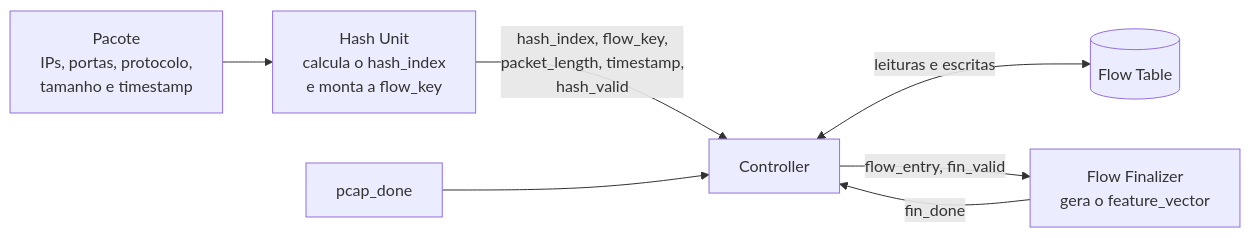
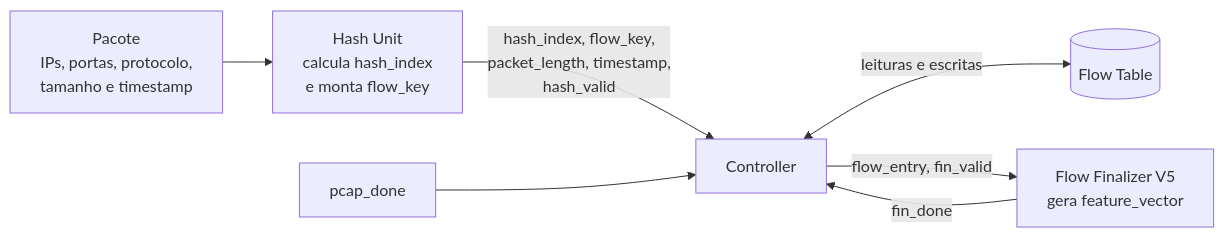
One commit to cidigital-inatel/sd392-t25s2-group2 changed the diagram in Especificação/Extracao de Features/Controller_Integracao.md. Above: the diagram before and after it, drawn with Mermaid. The commit also changed other lines of this file and 5 other files, not shown here.

Commit message:
Update integration documentation images for Controller and Flow Finalizer

````diff
--- a/Especificação/Extracao de Features/Controller_Integracao.md
+++ b/Especificação/Extracao de Features/Controller_Integracao.md
@@ -29,9 +29,9 @@
 ```mermaid
 flowchart LR
-    P["Pacote<br/>IPs, portas, protocolo,<br/>tamanho e timestamp"] --> H["Hash Unit<br/>calcula o hash_index<br/>e monta a flow_key"]
+    P["Pacote<br/>IPs, portas, protocolo,<br/>tamanho e timestamp"] --> H["Hash Unit<br/>calcula hash_index<br/>e monta flow_key"]
     H -->|"hash_index, flow_key,<br/>packet_length, timestamp,<br/>hash_valid"| C[Controller]
     C <-->|"leituras e escritas"| T[("Flow Table")]
-    C -->|"flow_entry, fin_valid"| F["Flow Finalizer<br/>gera o feature_vector"]
+    C -->|"flow_entry, fin_valid"| F["Flow Finalizer V5<br/>gera feature_vector"]
     F -->|fin_done| C
     D[pcap_done] --> C
 ```
````
